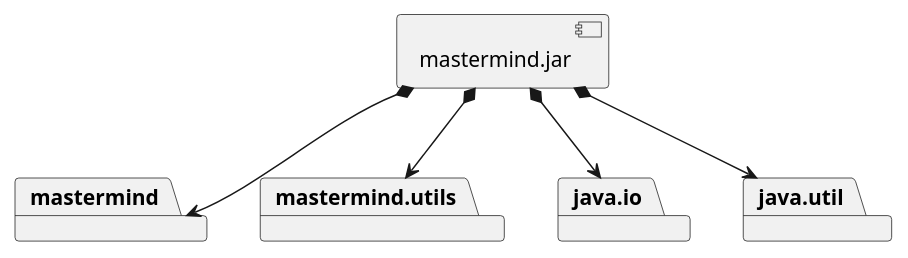
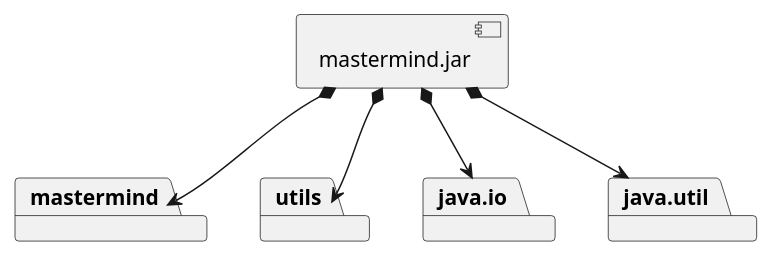
One commit to SantaTecla-mastermind/solution.java.swing.socket.sql changed the first of 2 diagrams in domainModel/docs/diagrams/src/vistas.plantuml. Above: the diagram before and after it, drawn with PlantUML. The commit also changed other lines of this file and 7 other files, not shown here.

```diff
--- a/domainModel/docs/diagrams/src/vistas.plantuml
+++ b/domainModel/docs/diagrams/src/vistas.plantuml
@@ -1,17 +1,17 @@
 @startuml desarrollo_implementacion
 package "  "  as mastermind {
 }
-package "  "  as mastermind.utils {
+package "  "  as utils {
 }
 package "  "  as java.io {
 }
 package "  "  as java.util {
 }
 
 [mastermind.jar] as jar
 
 jar *--> mastermind
-jar *--> mastermind.utils
+jar *--> utils
 jar *--> java.io
 jar *--> java.util
 @enduml
```
